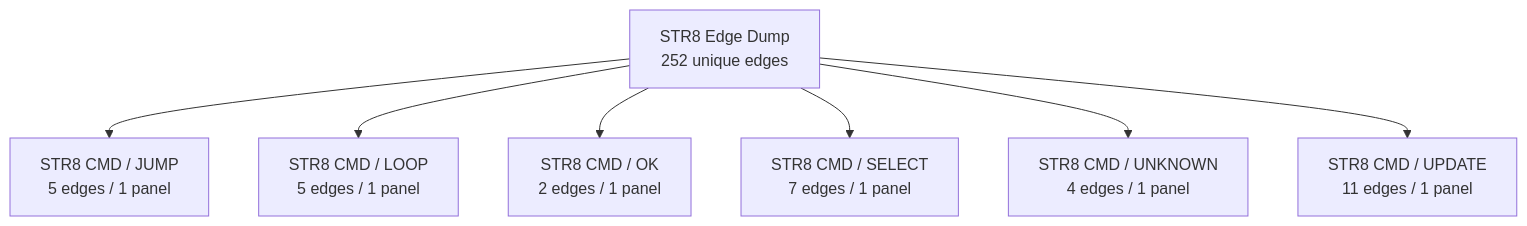
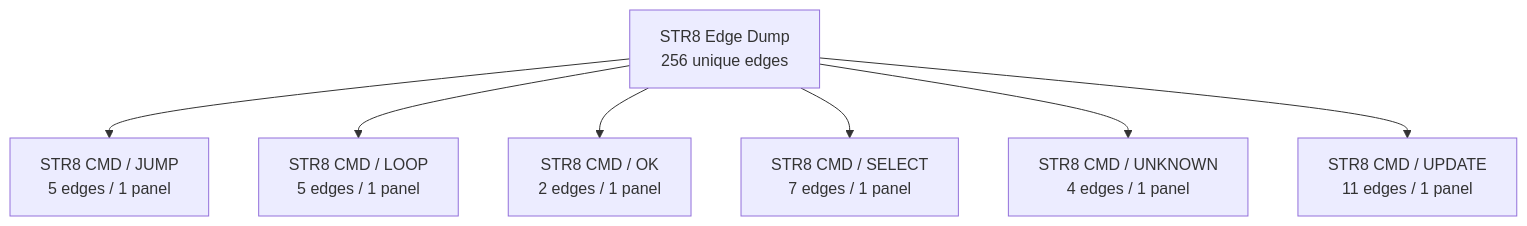
The third of 43 diagrams in DOC/GUIDES/STR8/STR8_EDGE_DUMP.md (95westus/R-YORS), drawn with Mermaid before and after one commit. The commit also changed other lines of this file and 24 other files, not shown here.

````diff
--- a/DOC/GUIDES/STR8/STR8_EDGE_DUMP.md
+++ b/DOC/GUIDES/STR8/STR8_EDGE_DUMP.md
@@ -62,9 +62,9 @@
 ```mermaid
 flowchart TD
-    EDGE_ATLAS_ROOT_2["STR8 Edge Dump<br/>252 unique edges"] --> EDGE_FAMILY_2_0["STR8 CMD / JUMP<br/>5 edges / 1 panel"]
-    EDGE_ATLAS_ROOT_2["STR8 Edge Dump<br/>252 unique edges"] --> EDGE_FAMILY_2_1["STR8 CMD / LOOP<br/>5 edges / 1 panel"]
-    EDGE_ATLAS_ROOT_2["STR8 Edge Dump<br/>252 unique edges"] --> EDGE_FAMILY_2_2["STR8 CMD / OK<br/>2 edges / 1 panel"]
-    EDGE_ATLAS_ROOT_2["STR8 Edge Dump<br/>252 unique edges"] --> EDGE_FAMILY_2_3["STR8 CMD / SELECT<br/>7 edges / 1 panel"]
-    EDGE_ATLAS_ROOT_2["STR8 Edge Dump<br/>252 unique edges"] --> EDGE_FAMILY_2_4["STR8 CMD / UNKNOWN<br/>4 edges / 1 panel"]
-    EDGE_ATLAS_ROOT_2["STR8 Edge Dump<br/>252 unique edges"] --> EDGE_FAMILY_2_5["STR8 CMD / UPDATE<br/>11 edges / 1 panel"]
+    EDGE_ATLAS_ROOT_2["STR8 Edge Dump<br/>256 unique edges"] --> EDGE_FAMILY_2_0["STR8 CMD / JUMP<br/>5 edges / 1 panel"]
+    EDGE_ATLAS_ROOT_2["STR8 Edge Dump<br/>256 unique edges"] --> EDGE_FAMILY_2_1["STR8 CMD / LOOP<br/>5 edges / 1 panel"]
+    EDGE_ATLAS_ROOT_2["STR8 Edge Dump<br/>256 unique edges"] --> EDGE_FAMILY_2_2["STR8 CMD / OK<br/>2 edges / 1 panel"]
+    EDGE_ATLAS_ROOT_2["STR8 Edge Dump<br/>256 unique edges"] --> EDGE_FAMILY_2_3["STR8 CMD / SELECT<br/>7 edges / 1 panel"]
+    EDGE_ATLAS_ROOT_2["STR8 Edge Dump<br/>256 unique edges"] --> EDGE_FAMILY_2_4["STR8 CMD / UNKNOWN<br/>4 edges / 1 panel"]
+    EDGE_ATLAS_ROOT_2["STR8 Edge Dump<br/>256 unique edges"] --> EDGE_FAMILY_2_5["STR8 CMD / UPDATE<br/>11 edges / 1 panel"]
 ```
````
